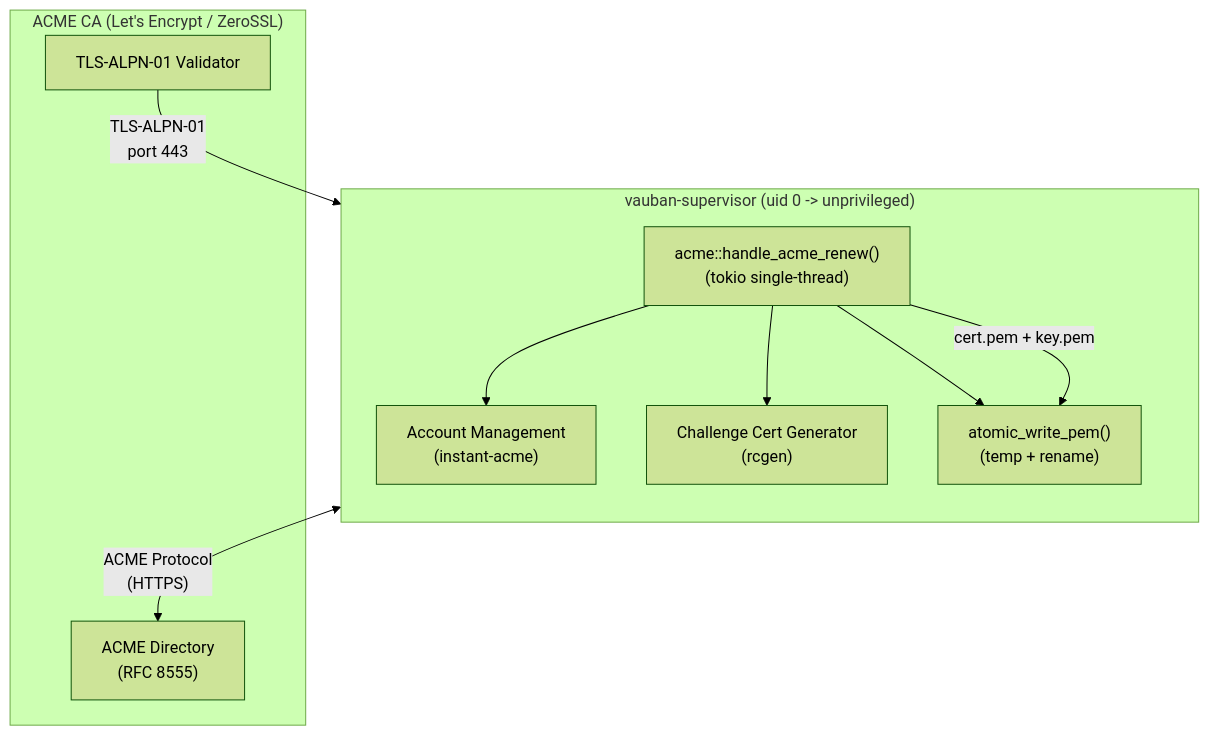
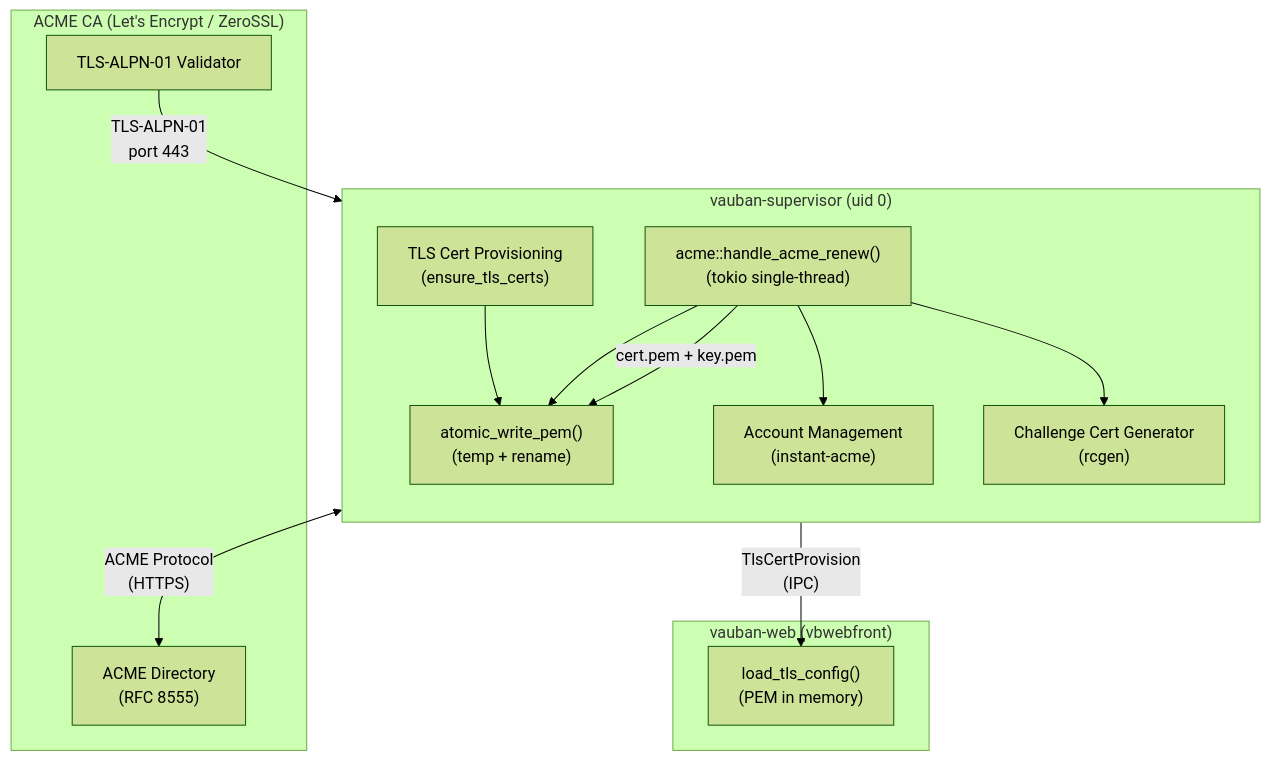
The first of 9 diagrams in docs/technical/Vauban_ACME_TLS_Architecture_EN(1.0).md (rbenaley/Vauban), drawn with Mermaid (forest theme) before and after one commit. The commit also changed other lines of this file and 10 other files, not shown here.

First line of the commit message:
sec(tls): supervisor-provided TLS certs via IPC, zeroize private key

````diff
--- a/docs/technical/Vauban_ACME_TLS_Architecture_EN(1.0).md
+++ b/docs/technical/Vauban_ACME_TLS_Architecture_EN(1.0).md
@@ -76,23 +76,30 @@
 ```mermaid
 flowchart TB
-    subgraph supervisor ["vauban-supervisor (uid 0 -> unprivileged)"]
+    subgraph supervisor ["vauban-supervisor (uid 0)"]
         direction TB
+        CertProv["TLS Cert Provisioning<br/>(ensure_tls_certs)"]
         AcmeWorker["acme::handle_acme_renew()<br/>(tokio single-thread)"]
         AccountMgr["Account Management<br/>(instant-acme)"]
         ChallengGen["Challenge Cert Generator<br/>(rcgen)"]
         DiskWriter["atomic_write_pem()<br/>(temp + rename)"]
 
+        CertProv --> DiskWriter
         AcmeWorker --> AccountMgr
         AcmeWorker --> ChallengGen
         AcmeWorker --> DiskWriter
+    end
+
+    subgraph web ["vauban-web (vbwebfront)"]
+        TLSConfig["load_tls_config()<br/>(PEM in memory)"]
     end
 
     subgraph ca ["ACME CA (Let's Encrypt / ZeroSSL)"]
         ACME_DIR["ACME Directory<br/>(RFC 8555)"]
         ACME_VAL["TLS-ALPN-01 Validator"]
     end
 
+    CertProv -->|"TlsCertProvision<br/>(IPC)"| TLSConfig
     AcmeWorker <-->|"ACME Protocol<br/>(HTTPS)"| ACME_DIR
     ACME_VAL -->|"TLS-ALPN-01<br/>port 443"| AcmeWorker
     AcmeWorker -->|"cert.pem + key.pem"| DiskWriter
 ```
````
